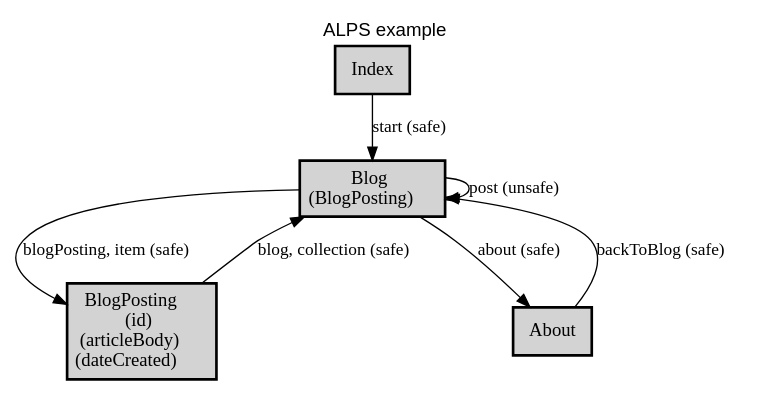
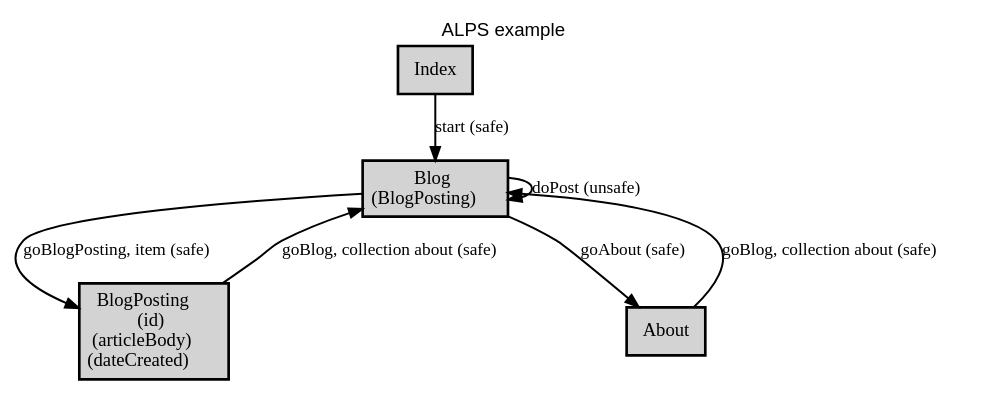
One commit to alps-asd/app-state-diagram changed the diagram in docs/filter/profile.dot. Above: the diagram before and after it, drawn with Graphviz. The commit also changed 39 other files, not shown here.

```diff
--- a/docs/filter/profile.dot
+++ b/docs/filter/profile.dot
@@ -1,23 +1,23 @@
 digraph application_state_diagram {
   graph [
     labelloc="t";
     fontname="Helvetica"
     label="ALPS example";
     URL="index.html" target="_parent"
   ];
   node [shape = box, style = "bold,filled" fillcolor="lightgray"];
 
-    Blog [margin=0.02, label=<<table cellspacing="0" cellpadding="5" border="0"><tr><td>Blog<br />(BlogPosting)<br /></td></tr></table>>,shape=box URL="docs/semantic.Blog.html" target="_parent"]
-    BlogPosting [margin=0.02, label=<<table cellspacing="0" cellpadding="5" border="0"><tr><td>BlogPosting<br />(id)<br />(articleBody)<br />(dateCreated)<br /></td></tr></table>>,shape=box URL="docs/semantic.BlogPosting.html" target="_parent"]
+    Blog [margin=0.02, label=<<table cellspacing="0" cellpadding="5" border="0"><tr><td>Blog<br />(BlogPosting)<br /></td></tr></table>>,shape=box URL="#Blog" target="_parent"]
+    BlogPosting [margin=0.02, label=<<table cellspacing="0" cellpadding="5" border="0"><tr><td>BlogPosting<br />(id)<br />(articleBody)<br />(dateCreated)<br /></td></tr></table>>,shape=box URL="#BlogPosting" target="_parent"]
 
-    About -> Blog [label = <backToBlog (safe)> URL="docs/safe.backToBlog.html" target="_parent" fontsize=13];
-    Blog -> About [label = <about (safe)> URL="docs/safe.about.html" target="_parent" fontsize=13];
-    Blog -> Blog [label = <post (unsafe)> URL="docs/unsafe.post.html" target="_parent" fontsize=13];
-    Blog -> BlogPosting [label = <blogPosting, item (safe)> URL="docs/safe.blogPosting.html" target="_parent" fontsize=13];
-    BlogPosting -> Blog [label = <blog, collection (safe)> URL="docs/safe.blog.html" target="_parent" fontsize=13];
-    Index -> Blog [label = <start (safe)> URL="docs/safe.start.html" target="_parent" fontsize=13];
+    About -> Blog [label = <goBlog, collection about (safe)> URL="#goBlog" target="_parent" fontsize=13 class="goBlog" penwidth=1.5];
+    Blog -> About [label = <goAbout (safe)> URL="#goAbout" target="_parent" fontsize=13 class="goAbout" penwidth=1.5];
+    Blog -> Blog [label = <doPost (unsafe)> URL="#doPost" target="_parent" fontsize=13 class="doPost" penwidth=1.5];
+    Blog -> BlogPosting [label = <goBlogPosting, item (safe)> URL="#goBlogPosting" target="_parent" fontsize=13 class="goBlogPosting" penwidth=1.5];
+    BlogPosting -> Blog [label = <goBlog, collection about (safe)> URL="#goBlog" target="_parent" fontsize=13 class="goBlog" penwidth=1.5];
+    Index -> Blog [label = <start (safe)> URL="#start" target="_parent" fontsize=13 class="start" penwidth=1.5];
 
-    About [label = <About> URL="docs/semantic.About.html" target="_parent"]
-    Index [label = <Index> URL="docs/semantic.Index.html" target="_parent"]
+    About [label = <About> URL="#About" target="_parent"]
+    Index [label = <Index> URL="#Index" target="_parent"]
 
 }
```
